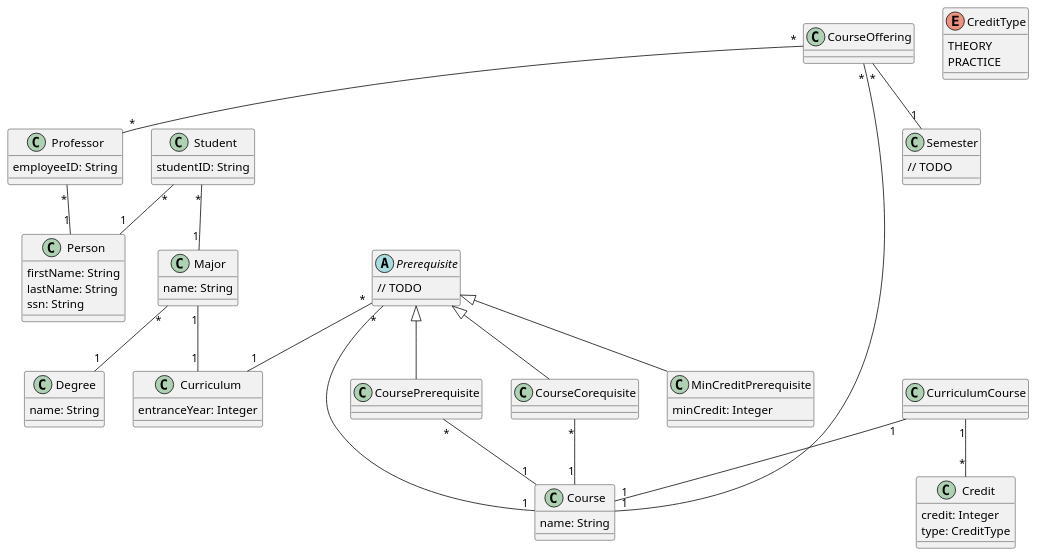
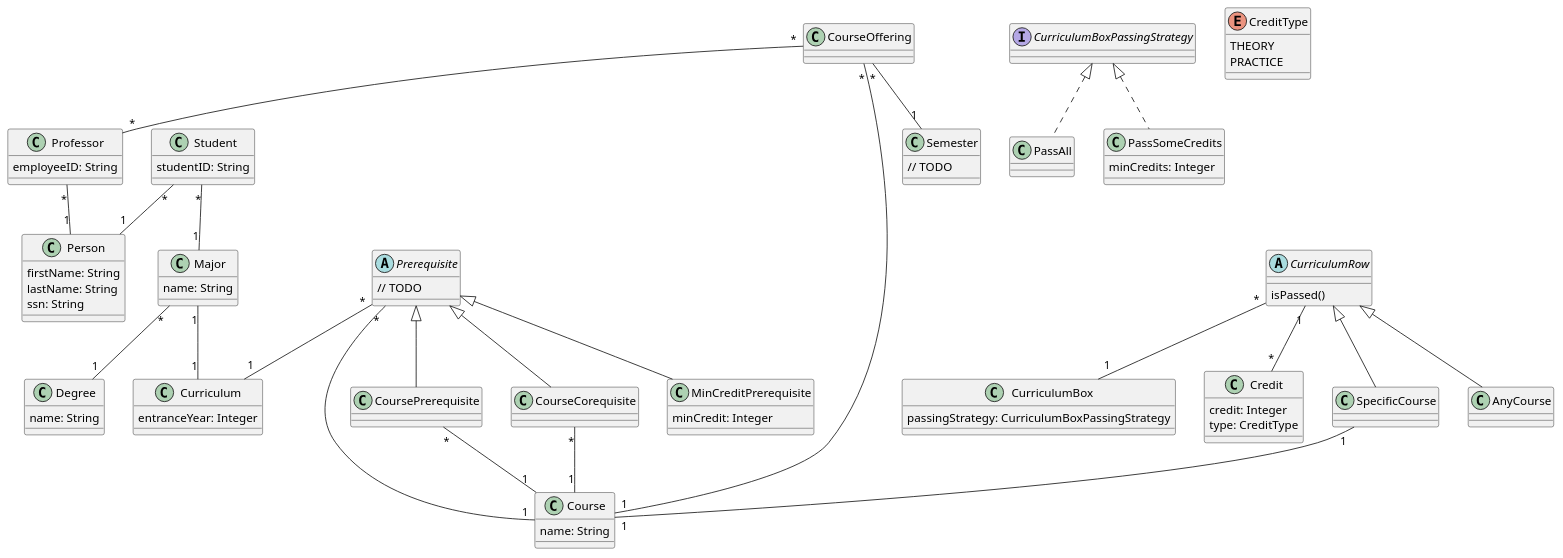
One commit to shayanh/boostan changed the diagram in main.wsd. Above: the diagram before and after it, drawn with PlantUML.

Commit message:
Optional Courses

```diff
--- a/main.wsd
+++ b/main.wsd
@@ -1,91 +1,122 @@
 @startuml boostan
 
 class Person {
     firstName: String
     lastName: String
     ssn: String
 }
 
 class Student {
     studentID: String
 }
 
 class Professor {
     employeeID: String
 }
 
 Student "*" -- "1" Person
 Professor "*" -- "1" Person
 
 class Major {
     name: String
 }
 
 Student "*" -- "1" Major
 
 class Degree {
     name: String
 }
 
 Major "*" -- "1" Degree 
 
 class Curriculum {
     entranceYear: Integer
 }
 
 Major "1" -- "1" Curriculum
 
 class Course {
     name: String
 }
 
 class CourseOffering {
 }
 
 class Semester {
     // TODO
 }
 
 CourseOffering "*" -- "*" Professor
 CourseOffering "*" -- "1" Course
 CourseOffering "*" -- "1" Semester
 
-class CurriculumCourse {
+interface CurriculumBoxPassingStrategy {
+
 }
 
-CurriculumCourse "1" -- "*" Credit
-CurriculumCourse "1" -- "1" Course
+CurriculumBoxPassingStrategy <|.. PassAll
+class PassAll {
+
+}
+
+CurriculumBoxPassingStrategy <|.. PassSomeCredits
+class PassSomeCredits {
+    minCredits: Integer
+}
+
+class CurriculumBox {
+    passingStrategy: CurriculumBoxPassingStrategy
+}
+
+CurriculumRow "*" -- "1" CurriculumBox
+
+abstract class CurriculumRow {
+    isPassed()
+}
+
+CurriculumRow "1" -- "*" Credit
+
+CurriculumRow <|-- SpecificCourse
+class SpecificCourse {
+}
+
+SpecificCourse "1" -- "1" Course
+
+CurriculumRow <|-- AnyCourse
+class AnyCourse {
+
+}
 
 class Credit {
     credit: Integer
     type: CreditType
 }
 
 enum CreditType {
     THEORY
     PRACTICE
 }
 
 abstract class Prerequisite {
     // TODO
 }
 
 Prerequisite "*" -- "1" Curriculum
 Prerequisite "*" -- "1" Course
 
 Prerequisite <|-- CoursePrerequisite 
 class CoursePrerequisite {
 }
 CoursePrerequisite "*" -- "1" Course
 
 Prerequisite <|-- CourseCorequisite 
 class CourseCorequisite {
 } 
 CourseCorequisite "*" -- "1" Course
 
 Prerequisite <|-- MinCreditPrerequisite 
 class MinCreditPrerequisite {
     minCredit: Integer
 } 
 
 @enduml
```
